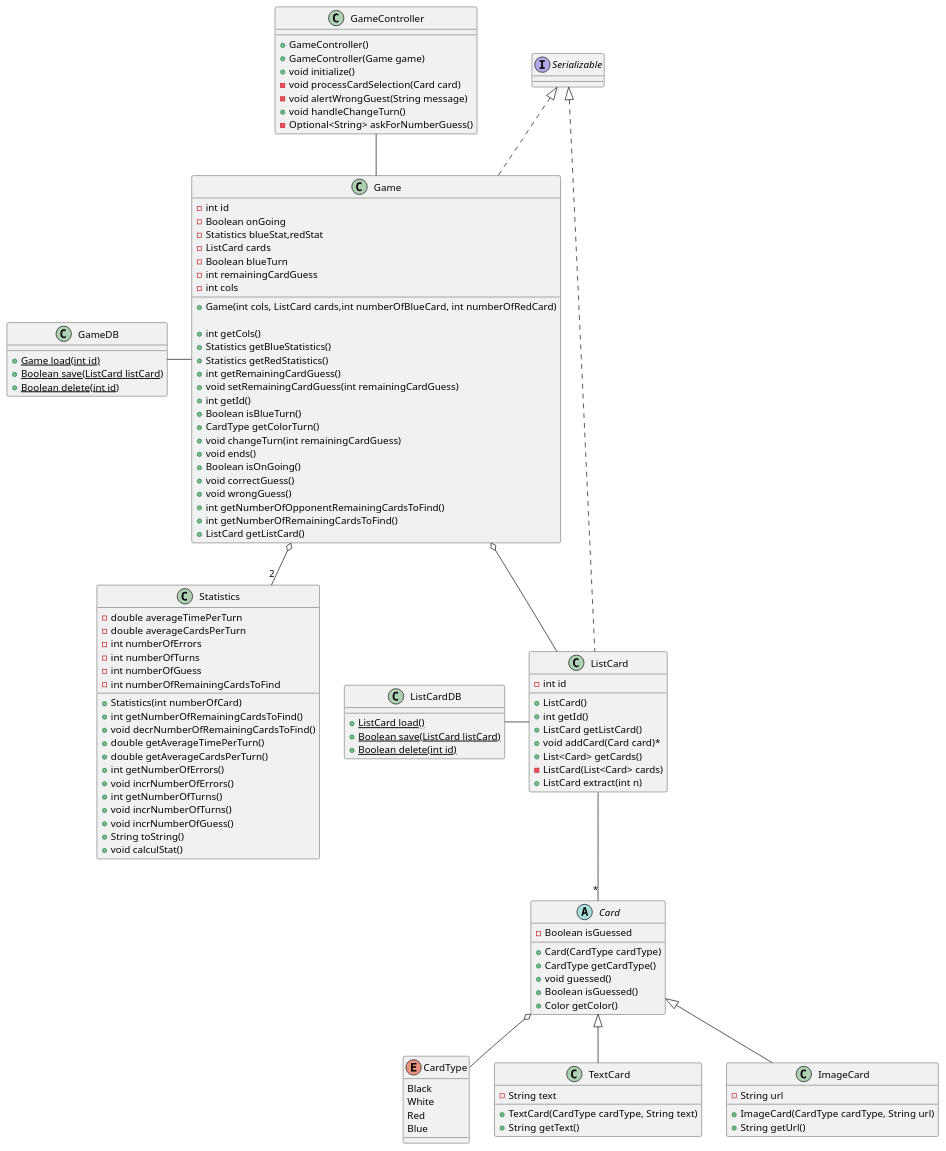
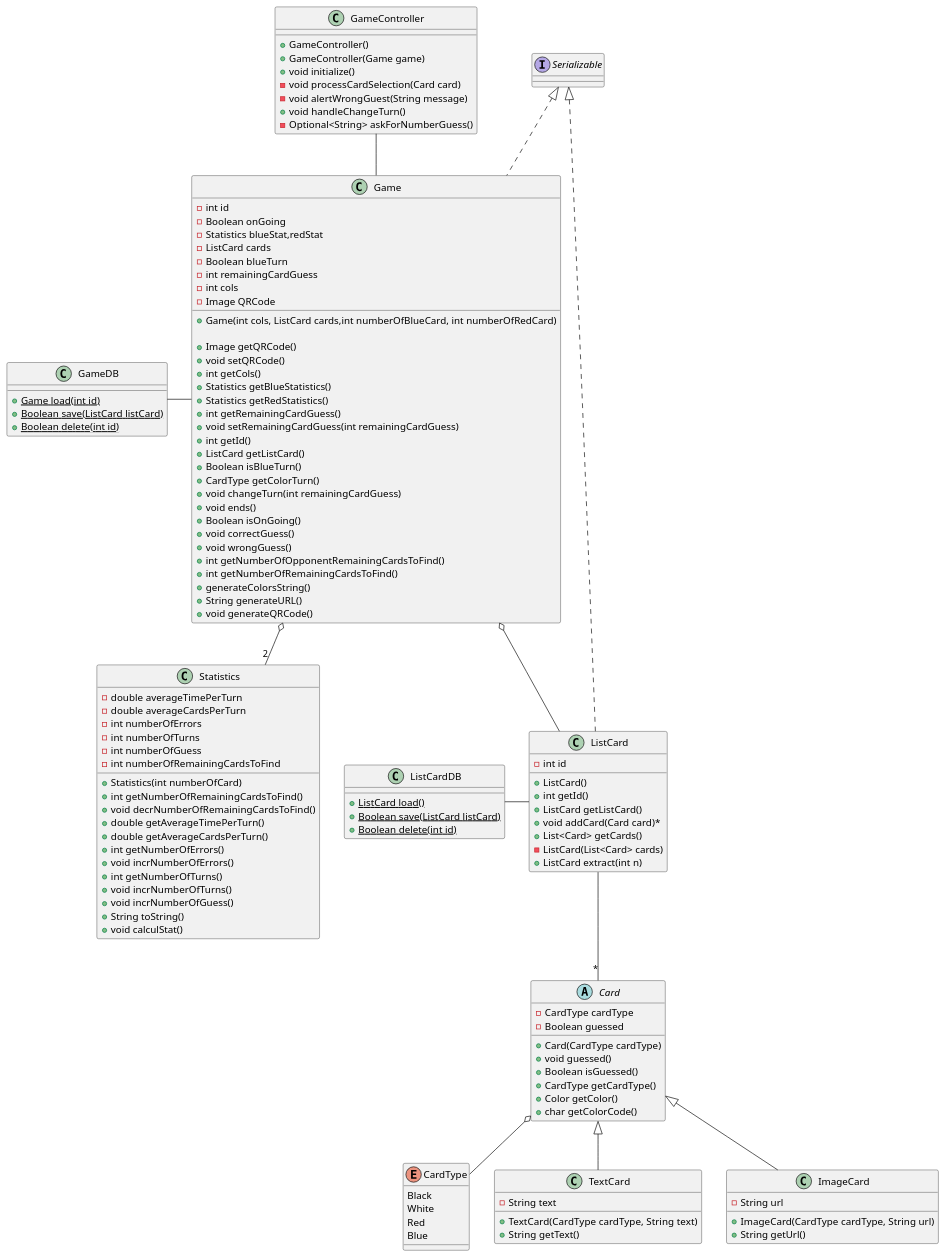
Before and after one commit to nathanl0204/coding-week: the diagram in classes.plantuml, drawn with PlantUML.

Commit message:
maj plantuml

```diff
--- a/classes.plantuml
+++ b/classes.plantuml
@@ -1,137 +1,145 @@
 @startuml classes
 
 class Game implements Serializable {
 
     - int id
     - Boolean onGoing
     - Statistics blueStat,redStat
     - ListCard cards
     - Boolean blueTurn
     - int remainingCardGuess
     - int cols
+    - Image QRCode
 
     + Game(int cols, ListCard cards,int numberOfBlueCard, int numberOfRedCard)
 
+    + Image getQRCode()
+    + void setQRCode()
     + int getCols()
     + Statistics getBlueStatistics()
     + Statistics getRedStatistics()
     + int getRemainingCardGuess()
     + void setRemainingCardGuess(int remainingCardGuess)
     + int getId()
+    + ListCard getListCard()
     + Boolean isBlueTurn()
     + CardType getColorTurn()
     + void changeTurn(int remainingCardGuess)
     + void ends()
     + Boolean isOnGoing()
     + void correctGuess()
     + void wrongGuess()
     + int getNumberOfOpponentRemainingCardsToFind()
     + int getNumberOfRemainingCardsToFind()
-    + ListCard getListCard()
+    + generateColorsString()
+    + String generateURL()
+    + void generateQRCode()
 }
 
 class GameDB {
     + {static} Game load(int id)
     + {static} Boolean save(ListCard listCard)
     + {static} Boolean delete(int id)
 }
 
 GameDB - Game
 
 GameController -- Game
 
 class GameController {
 
     + GameController()
     + GameController(Game game)
     + void initialize()
     - void processCardSelection(Card card)
     - void alertWrongGuest(String message)
     + void handleChangeTurn()
     - Optional<String> askForNumberGuess()
 }
 
 abstract class Card {
-    - Boolean isGuessed
+    - CardType cardType
+    - Boolean guessed
 
     + Card(CardType cardType)
-    + CardType getCardType()
     + void guessed()
     + Boolean isGuessed()
+    + CardType getCardType()
     + Color getColor()
+    + char getColorCode()
 }
 
 Card o-- CardType
 
 enum CardType {
 
     Black
     White
     Red
     Blue
 }
 
 class ListCard implements Serializable {
     - int id
 
     + ListCard()
     + int getId()
     + ListCard getListCard()
     + void addCard(Card card)*
     + List<Card> getCards()
     - ListCard(List<Card> cards)
     + ListCard extract(int n)
 }
 
 ListCard -- "*" Card
 Game o-- ListCard
 
 class TextCard extends Card {
     - String text
 
     + TextCard(CardType cardType, String text)
     + String getText()
 }
 
 class ImageCard extends Card {
     - String url
 
     + ImageCard(CardType cardType, String url)
     + String getUrl()
 }
 
 class ListCardDB {
 
     + {static} ListCard load()
     + {static} Boolean save(ListCard listCard)
     + {static} Boolean delete(int id)
 }
 
 ListCardDB - ListCard
 
 class Statistics {
     - double averageTimePerTurn
     - double averageCardsPerTurn
     - int numberOfErrors
     - int numberOfTurns
     - int numberOfGuess
     - int numberOfRemainingCardsToFind
 
     + Statistics(int numberOfCard)
     + int getNumberOfRemainingCardsToFind()
     + void decrNumberOfRemainingCardsToFind()
     + double getAverageTimePerTurn()
     + double getAverageCardsPerTurn()
     + int getNumberOfErrors()
     + void incrNumberOfErrors()
     + int getNumberOfTurns()
     + void incrNumberOfTurns()
     + void incrNumberOfGuess()
     + String toString() 
     + void calculStat()
 
 }
 
 Game o-- "2" Statistics
 
 @enduml
```
